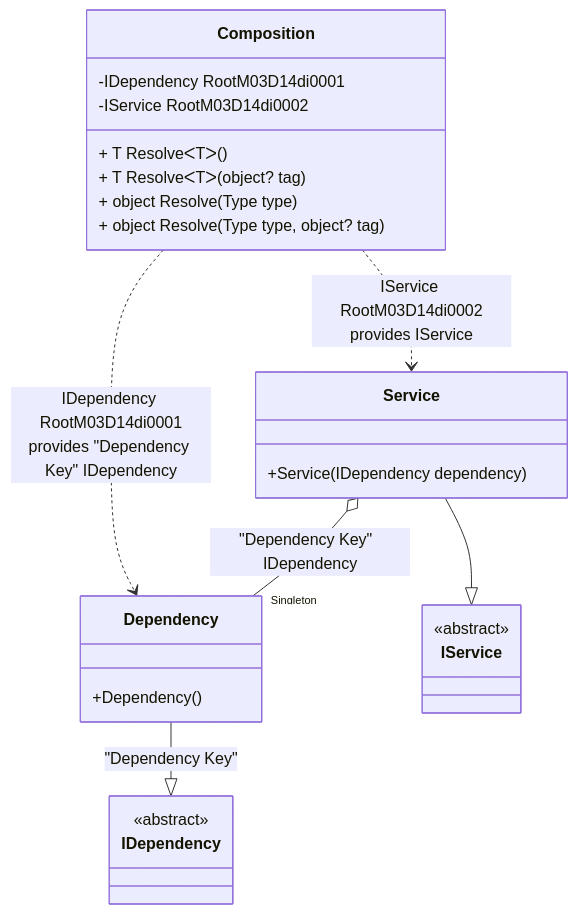
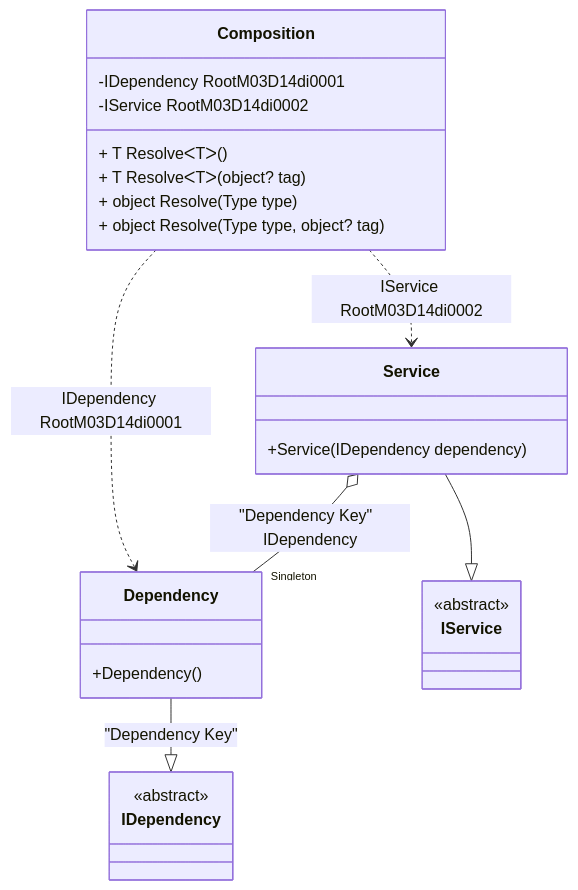
One commit to DevTeam/Pure.DI changed the diagram in readme/service-collection.md. Above: the diagram before and after it, drawn with Mermaid. The commit also changed other lines of this file and 74 other files, not shown here.

````diff
--- a/readme/service-collection.md
+++ b/readme/service-collection.md
@@ -47,28 +47,28 @@
 ```mermaid
 classDiagram
   class Composition {
     -IDependency RootM03D14di0001
     -IService RootM03D14di0002
     + T ResolveᐸTᐳ()
     + T ResolveᐸTᐳ(object? tag)
     + object Resolve(Type type)
     + object Resolve(Type type, object? tag)
   }
   Dependency --|> IDependency : "Dependency Key" 
   class Dependency {
     +Dependency()
   }
   Service --|> IService : 
   class Service {
     +Service(IDependency dependency)
   }
   class IDependency {
     <<abstract>>
   }
   class IService {
     <<abstract>>
   }
   Service o--  "Singleton" Dependency : "Dependency Key"  IDependency
-  Composition ..> Dependency : IDependency RootM03D14di0001<br/>provides "Dependency Key" IDependency
-  Composition ..> Service : IService RootM03D14di0002<br/>provides IService
+  Composition ..> Dependency : IDependency RootM03D14di0001
+  Composition ..> Service : IService RootM03D14di0002
 ```
````
